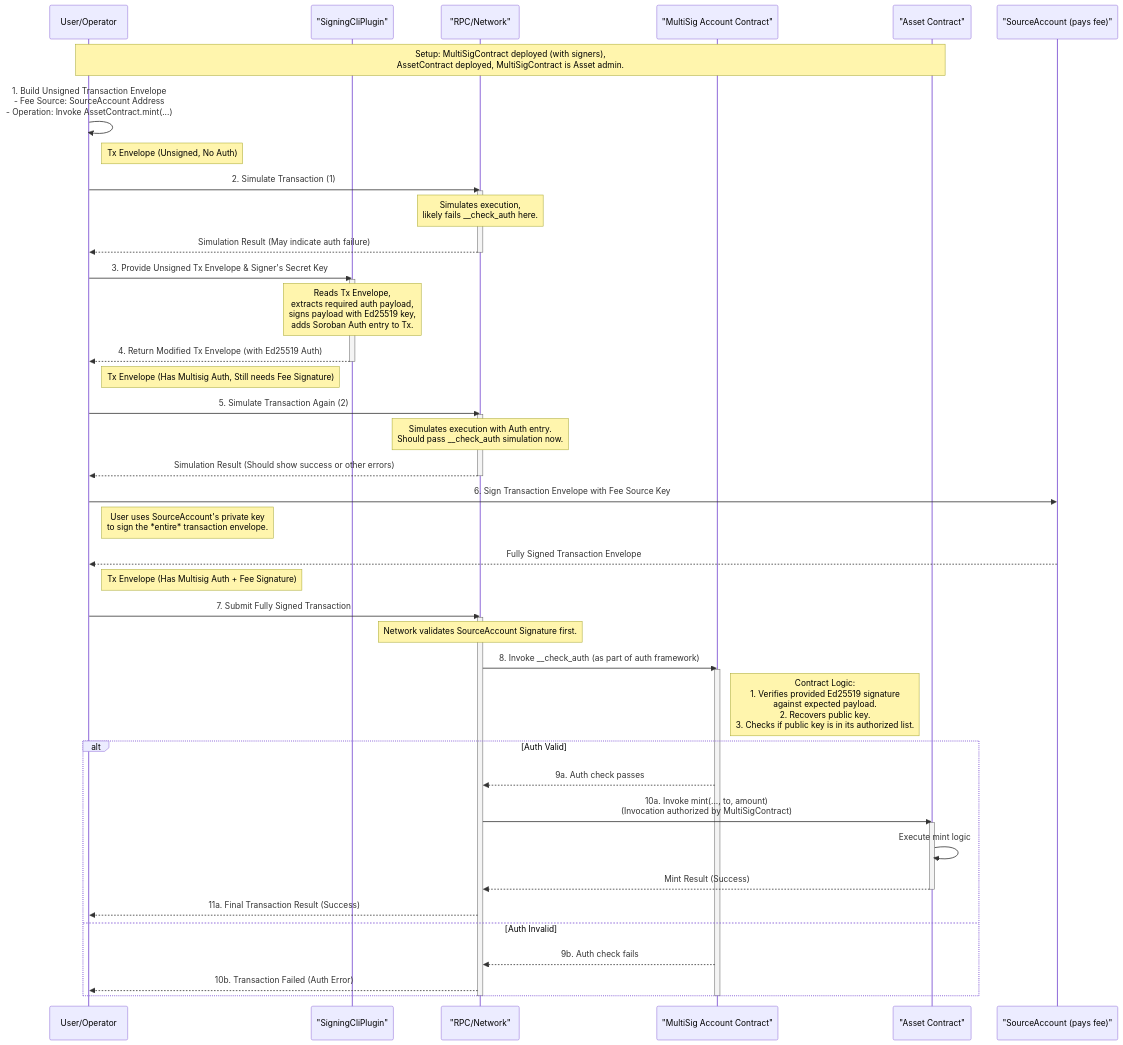
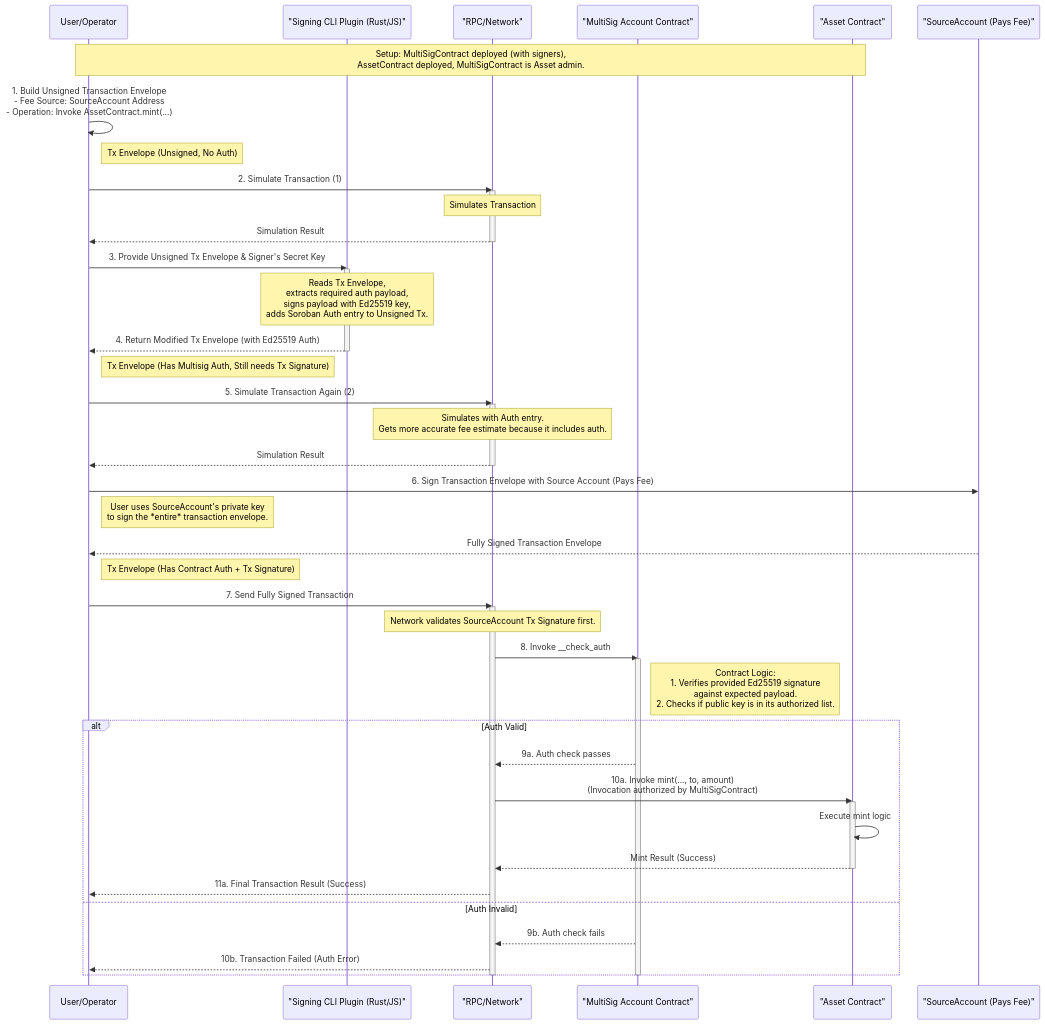
Before and after one commit to stellar/soroban-examples: the diagram in multisig_1_of_n_account/README.md, drawn with Mermaid.

Commit message:
improve multisig account diagrams and documentation

````diff
--- a/multisig_1_of_n_account/README.md
+++ b/multisig_1_of_n_account/README.md
@@ -11,65 +11,65 @@
 ```mermaid
 sequenceDiagram
     participant User/Operator
-    participant SigningCliPlugin as "SigningCliPlugin"
+    participant SigningCliPlugin as "Signing CLI Plugin (Rust/JS)"
     participant RPC as "RPC/Network"
     participant MultiSigContract as "MultiSig Account Contract"
     participant AssetContract as "Asset Contract"
-    participant SourceAccount as "SourceAccount (pays fee)"
+    participant SourceAccount as "SourceAccount (Pays Fee)"
 
     Note over User/Operator, AssetContract: Setup: MultiSigContract deployed (with signers),<br/>AssetContract deployed, MultiSigContract is Asset admin.
 
     User/Operator->>User/Operator: 1. Build Unsigned Transaction Envelope<br/> - Fee Source: SourceAccount Address<br/> - Operation: Invoke AssetContract.mint(...)
     Note right of User/Operator: Tx Envelope (Unsigned, No Auth)
 
     User/Operator->>RPC: 2. Simulate Transaction (1)
     activate RPC
-    Note over RPC: Simulates execution,<br/>likely fails __check_auth here.
-    RPC-->>User/Operator: Simulation Result (May indicate auth failure)
+    Note over RPC: Simulates Transaction
+    RPC-->>User/Operator: Simulation Result
     deactivate RPC
 
     User/Operator->>SigningCliPlugin: 3. Provide Unsigned Tx Envelope & Signer's Secret Key
     activate SigningCliPlugin
-    Note over SigningCliPlugin: Reads Tx Envelope,<br/>extracts required auth payload,<br/>signs payload with Ed25519 key,<br/>adds Soroban Auth entry to Tx.
+    Note over SigningCliPlugin: Reads Tx Envelope,<br/>extracts required auth payload,<br/>signs payload with Ed25519 key,<br/>adds Soroban Auth entry to Unsigned Tx.
     SigningCliPlugin-->>User/Operator: 4. Return Modified Tx Envelope (with Ed25519 Auth)
     deactivate SigningCliPlugin
-    Note right of User/Operator: Tx Envelope (Has Multisig Auth, Still needs Fee Signature)
+    Note right of User/Operator: Tx Envelope (Has Multisig Auth, Still needs Tx Signature)
 
     User/Operator->>RPC: 5. Simulate Transaction Again (2)
     activate RPC
-    Note over RPC: Simulates execution with Auth entry.<br/>Should pass __check_auth simulation now.
-    RPC-->>User/Operator: Simulation Result (Should show success or other errors)
+    Note over RPC: Simulates with Auth entry.<br/>Gets more accurate fee estimate because it includes auth.
+    RPC-->>User/Operator: Simulation Result
     deactivate RPC
 
-    User/Operator->>SourceAccount: 6. Sign Transaction Envelope with Fee Source Key
+    User/Operator->>SourceAccount: 6. Sign Transaction Envelope with Source Account (Pays Fee)
     Note right of User/Operator: User uses SourceAccount's private key<br/>to sign the *entire* transaction envelope.
     SourceAccount-->>User/Operator: Fully Signed Transaction Envelope
-    Note right of User/Operator: Tx Envelope (Has Multisig Auth + Fee Signature)
+    Note right of User/Operator: Tx Envelope (Has Contract Auth + Tx Signature)
 
-    User/Operator->>RPC: 7. Submit Fully Signed Transaction
+    User/Operator->>RPC: 7. Send Fully Signed Transaction
     activate RPC
 
-    Note over RPC: Network validates SourceAccount Signature first.
-    RPC->>MultiSigContract: 8. Invoke __check_auth (as part of auth framework)
+    Note over RPC: Network validates SourceAccount Tx Signature first.
+    RPC->>MultiSigContract: 8. Invoke __check_auth
     activate MultiSigContract
-    Note right of MultiSigContract: Contract Logic:<br/>1. Verifies provided Ed25519 signature<br/>   against expected payload.<br/>2. Recovers public key.<br/>3. Checks if public key is in its authorized list.
+    Note right of MultiSigContract: Contract Logic:<br/>1. Verifies provided Ed25519 signature<br/>   against expected payload.<br/>2. Checks if public key is in its authorized list.
 
     alt Auth Valid
         MultiSigContract-->>RPC: 9a. Auth check passes
         
         RPC->>AssetContract: 10a. Invoke mint(..., to, amount)<br/>(Invocation authorized by MultiSigContract)
         activate AssetContract
         AssetContract->>AssetContract: Execute mint logic
         AssetContract-->>RPC: Mint Result (Success)
         deactivate AssetContract
         
         RPC-->>User/Operator: 11a. Final Transaction Result (Success)
     else Auth Invalid
         MultiSigContract-->>RPC: 9b. Auth check fails
         
         RPC-->>User/Operator: 10b. Transaction Failed (Auth Error)
     end
     
     deactivate MultiSigContract
     deactivate RPC
 ```
````
